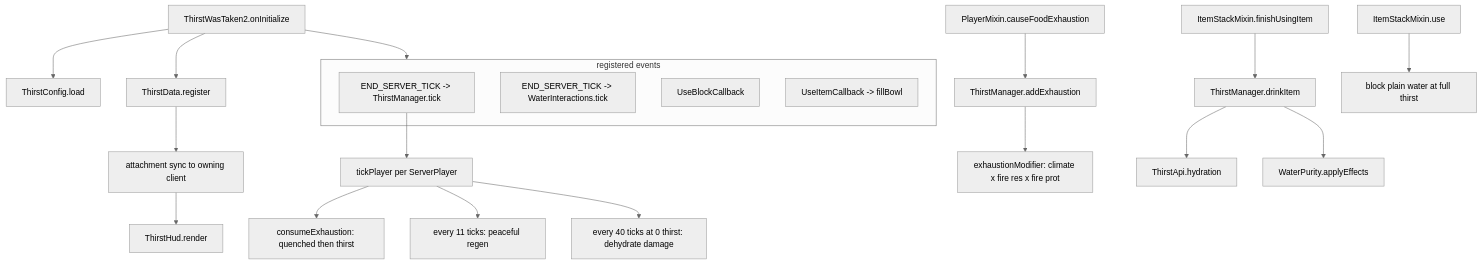
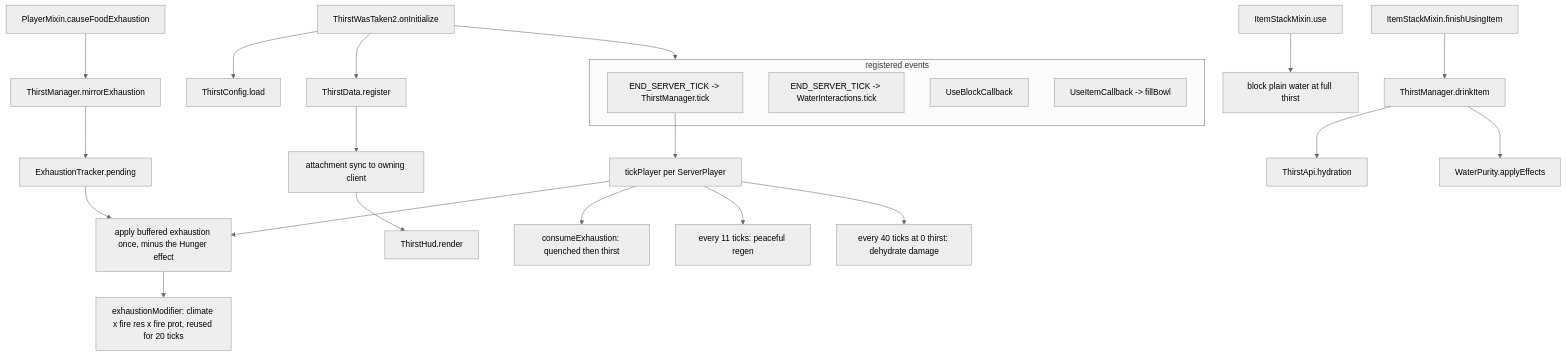
The diagram in AGENTS.md (Nighterezi/ThirstWasTaken2), drawn with Mermaid (neutral theme) before and after one commit. The commit also changed other lines of this file and 32 other files, not shown here.

````diff
--- a/AGENTS.md
+++ b/AGENTS.md
@@ -150,29 +166,32 @@
 ```mermaid
 flowchart TD
     Init[ThirstWasTaken2.onInitialize] --> Cfg[ThirstConfig.load]
     Init --> Attach[ThirstData.register]
     Init --> Events
 
     subgraph Events [registered events]
       Tick[END_SERVER_TICK -> ThirstManager.tick]
       Flush[END_SERVER_TICK -> WaterInteractions.tick]
       UseBlock[UseBlockCallback]
       UseItem[UseItemCallback -> fillBowl]
     end
 
     Tick --> TickPlayer[tickPlayer per ServerPlayer]
+    TickPlayer --> Apply[apply buffered exhaustion once, minus the Hunger effect]
     TickPlayer --> Consume[consumeExhaustion: quenched then thirst]
     TickPlayer --> Slow[every 11 ticks: peaceful regen]
     TickPlayer --> Dmg[every 40 ticks at 0 thirst: dehydrate damage]
 
-    Exh[PlayerMixin.causeFoodExhaustion] --> AddExh[ThirstManager.addExhaustion]
-    AddExh --> Mod[exhaustionModifier: climate x fire res x fire prot]
+    Exh[PlayerMixin.causeFoodExhaustion] --> Mirror[ThirstManager.mirrorExhaustion]
+    Mirror --> Pending[ExhaustionTracker.pending]
+    Pending --> Apply
+    Apply --> Mod[exhaustionModifier: climate x fire res x fire prot, reused for 20 ticks]
 
     UseDrink[ItemStackMixin.use] --> FullGuard[block plain water at full thirst]
     Eat[ItemStackMixin.finishUsingItem] --> DrinkItem[ThirstManager.drinkItem]
     DrinkItem --> Api[ThirstApi.hydration]
     DrinkItem --> Effects[WaterPurity.applyEffects]
 
     Attach --> Sync[attachment sync to owning client]
     Sync --> Hud[ThirstHud.render]
 ```
````
